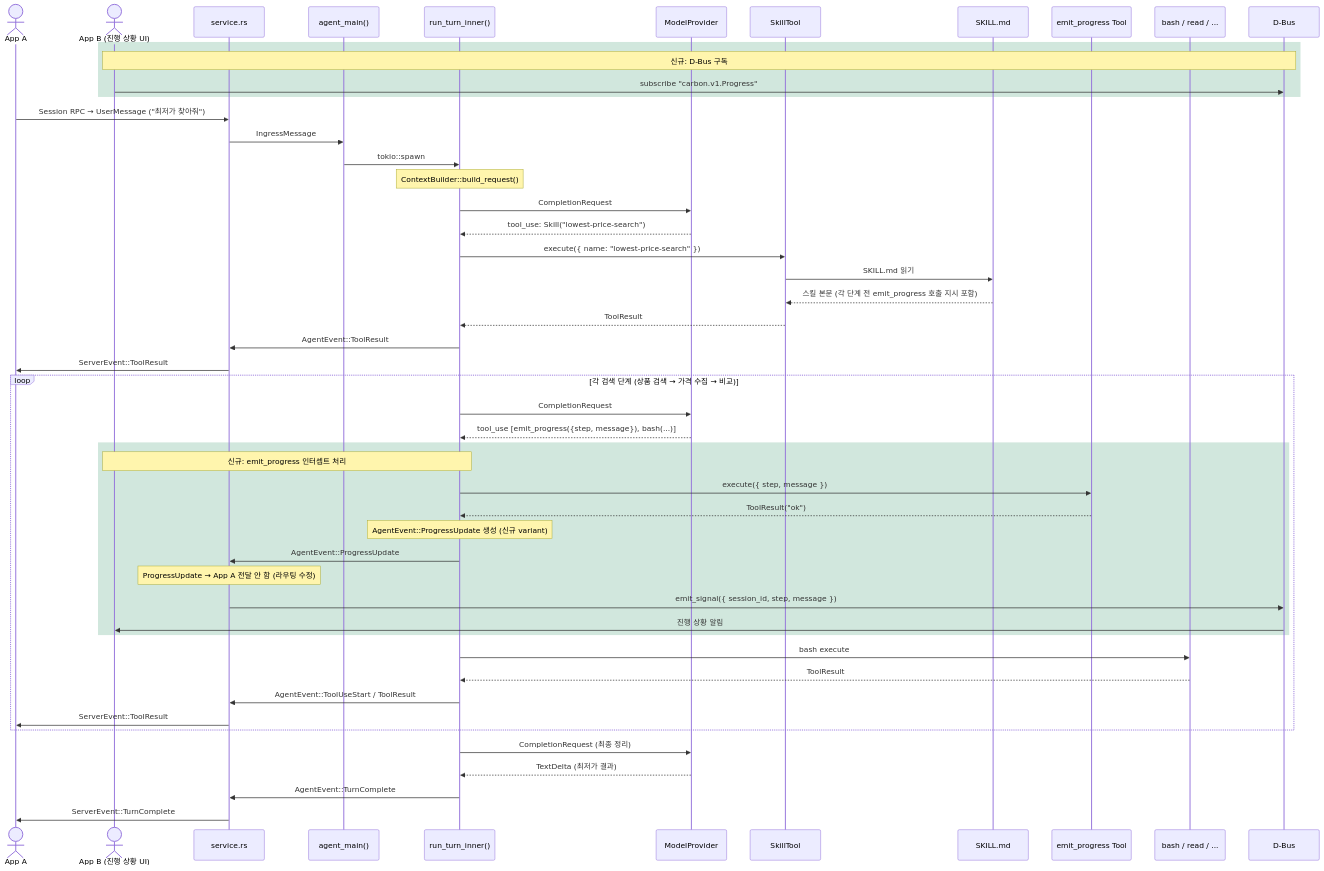
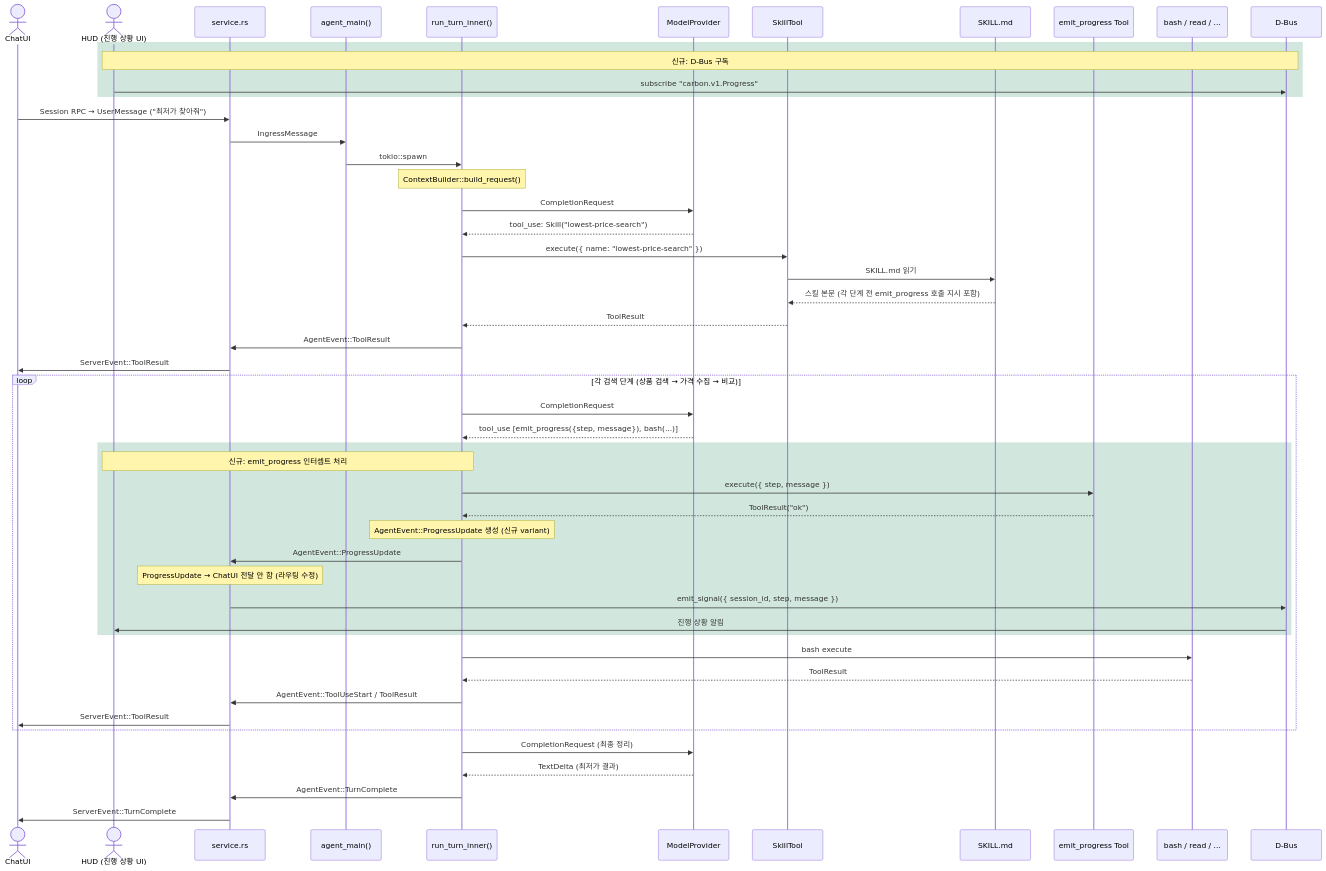
Before and after one commit to shyunMin/tizen-chat: the third of 3 diagrams in docs/dbus-progress-design.md, drawn with Mermaid. The commit also changed other lines of this file, not shown here.

````diff
--- a/docs/dbus-progress-design.md
+++ b/docs/dbus-progress-design.md
@@ -145,63 +143,63 @@
 ```mermaid
 sequenceDiagram
-    actor AppA as App A
-    actor AppB as App B (진행 상황 UI)
+    actor AppA as ChatUI
+    actor AppB as HUD (진행 상황 UI)
     participant Svc as service.rs
     participant AM as agent_main()
     participant Turn as run_turn_inner()
     participant LLM as ModelProvider
     participant SkillT as SkillTool
     participant FS as SKILL.md
     participant EP as emit_progress Tool
     participant Tool as bash / read / ...
     participant DBus as D-Bus
 
     rect rgb(209, 231, 221)
         Note over AppB,DBus: 신규: D-Bus 구독
         AppB->>DBus: subscribe "carbon.v1.Progress"
     end
 
     AppA->>Svc: Session RPC → UserMessage ("최저가 찾아줘")
     Svc->>AM: IngressMessage
     AM->>Turn: tokio::spawn
 
     Note over Turn: ContextBuilder::build_request()
 
     Turn->>LLM: CompletionRequest
     LLM-->>Turn: tool_use: Skill("lowest-price-search")
 
     Turn->>SkillT: execute({ name: "lowest-price-search" })
     SkillT->>FS: SKILL.md 읽기
     FS-->>SkillT: 스킬 본문 (각 단계 전 emit_progress 호출 지시 포함)
     SkillT-->>Turn: ToolResult
     Turn->>Svc: AgentEvent::ToolResult
     Svc->>AppA: ServerEvent::ToolResult
 
     loop 각 검색 단계 (상품 검색 → 가격 수집 → 비교)
 
         Turn->>LLM: CompletionRequest
         LLM-->>Turn: tool_use [emit_progress({step, message}), bash(...)]
 
         rect rgb(209, 231, 221)
             Note over Turn,AppB: 신규: emit_progress 인터셉트 처리
             Turn->>EP: execute({ step, message })
             EP-->>Turn: ToolResult("ok")
             Note over Turn: AgentEvent::ProgressUpdate 생성 (신규 variant)
             Turn->>Svc: AgentEvent::ProgressUpdate
-            Note over Svc: ProgressUpdate → App A 전달 안 함 (라우팅 수정)
+            Note over Svc: ProgressUpdate → ChatUI 전달 안 함 (라우팅 수정)
             Svc->>DBus: emit_signal({ session_id, step, message })
             DBus->>AppB: 진행 상황 알림
         end
 
         Turn->>Tool: bash execute
         Tool-->>Turn: ToolResult
         Turn->>Svc: AgentEvent::ToolUseStart / ToolResult
         Svc->>AppA: ServerEvent::ToolResult
 
     end
 
     Turn->>LLM: CompletionRequest (최종 정리)
     LLM-->>Turn: TextDelta (최저가 결과)
     Turn->>Svc: AgentEvent::TurnComplete
     Svc->>AppA: ServerEvent::TurnComplete
 ```
````
